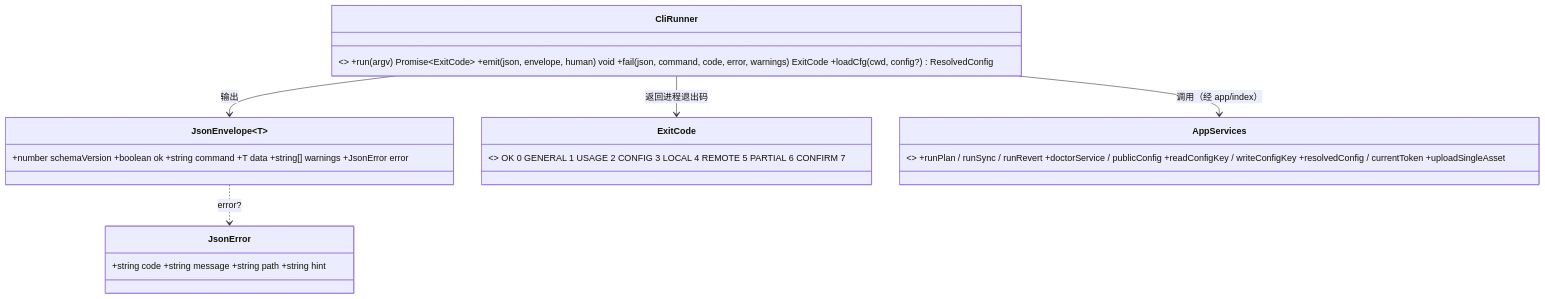
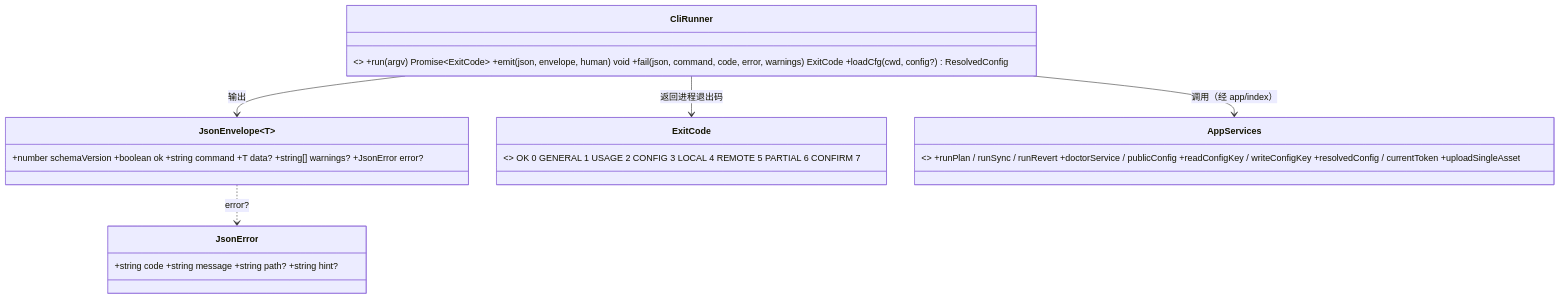
Before and after one commit to Aermberry/picture_bed: the first of 2 diagrams in docs/design/module-cliops.md, drawn with Mermaid. The commit also changed other lines of this file and 9 other files, not shown here.

````diff
--- a/docs/design/module-cliops.md
+++ b/docs/design/module-cliops.md
@@ -125,13 +125,13 @@
 ```mermaid
 classDiagram
-    class JsonEnvelope~T~ { +number schemaVersion +boolean ok +string command +T data +string[] warnings +JsonError error }
-    class JsonError { +string code +string message +string path +string hint }
+    class JsonEnvelope~T~ { +number schemaVersion +boolean ok +string command +T data? +string[] warnings? +JsonError error? }
+    class JsonError { +string code +string message +string path? +string hint? }
     class ExitCode { <<type>> OK 0 GENERAL 1 USAGE 2 CONFIG 3 LOCAL 4 REMOTE 5 PARTIAL 6 CONFIRM 7 }
     class CliRunner { <<presentation>> +run(argv) Promise~ExitCode~ +emit(json, envelope, human) void +fail(json, command, code, error, warnings) ExitCode +loadCfg(cwd, config?) ResolvedConfig }
     class AppServices { <<barrel>> +runPlan / runSync / runRevert +doctorService / publicConfig +readConfigKey / writeConfigKey +resolvedConfig / currentToken +uploadSingleAsset }
 
     CliRunner --> JsonEnvelope : 输出
     CliRunner --> ExitCode : 返回进程退出码
     CliRunner --> AppServices : 调用（经 app/index）
     JsonEnvelope ..> JsonError : error?
 ```
````
